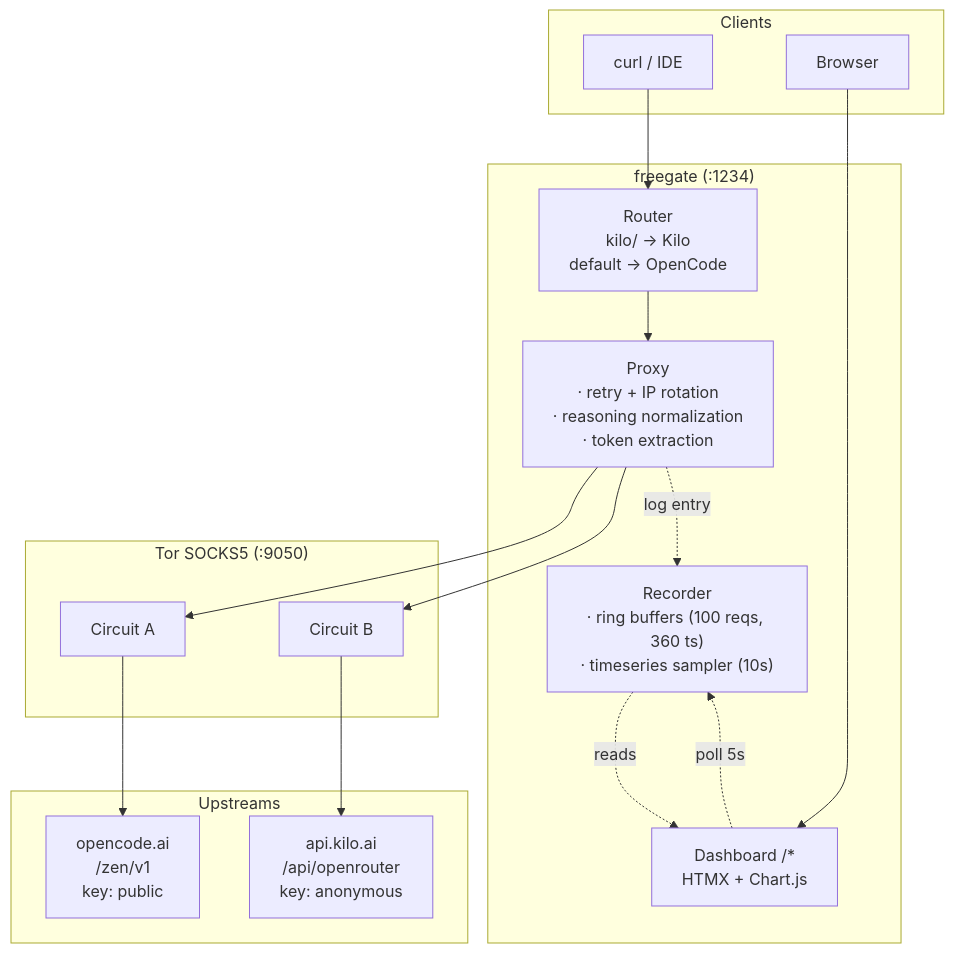
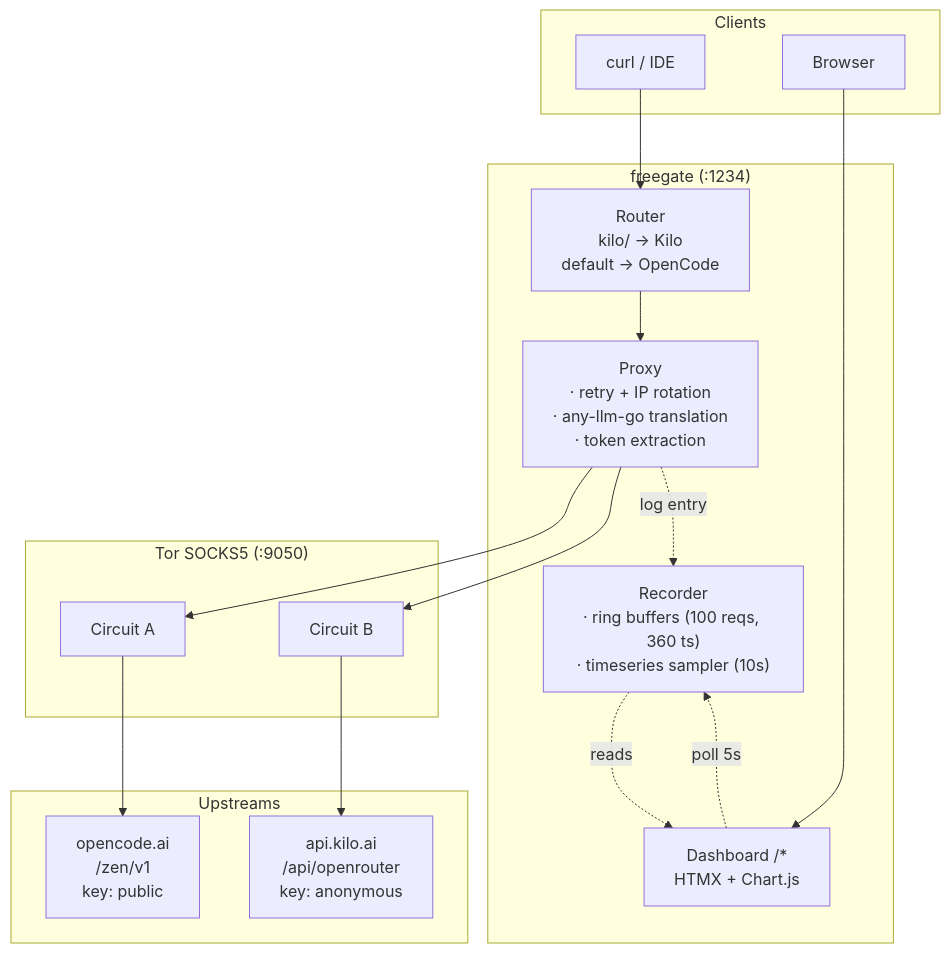
One commit to nofendian17/freegate changed the diagram in README.md. Above: the diagram before and after it, drawn with Mermaid. The commit also changed other lines of this file and 10 other files, not shown here.

Commit message:
refactor(upstream): drop OpenCode/Kilo adapters; expose any-llm-go Provider via Upstream

````diff
--- a/README.md
+++ b/README.md
@@ -150,35 +132,35 @@
 ```mermaid
 flowchart TB
     subgraph Clients["Clients"]
         CLI["curl / IDE"]
         Browser["Browser"]
     end
 
     subgraph Freegate["freegate (:1234)"]
         Router["Router<br/>kilo/ → Kilo<br/>default → OpenCode"]
-        Proxy["Proxy<br/>· retry + IP rotation<br/>· reasoning normalization<br/>· token extraction"]
+        Proxy["Proxy<br/>· retry + IP rotation<br/>· any-llm-go translation<br/>· token extraction"]
         Dashboard["Dashboard /*<br/>HTMX + Chart.js"]
         Recorder["Recorder<br/>· ring buffers (100 reqs, 360 ts)<br/>· timeseries sampler (10s)"]
     end
 
     subgraph Tor["Tor SOCKS5 (:9050)"]
         Tor1["Circuit A"]
         Tor2["Circuit B"]
     end
 
     subgraph Upstreams["Upstreams"]
         OC["opencode.ai<br/>/zen/v1<br/>key: public"]
         Kilo["api.kilo.ai<br/>/api/openrouter<br/>key: anonymous"]
     end
 
     CLI --> Router
     Router --> Proxy
     Proxy --> Tor1
     Proxy --> Tor2
     Tor1 --> OC
     Tor2 --> Kilo
     Proxy -.->|"log entry"| Recorder
     Recorder -.->|"reads"| Dashboard
     Browser --> Dashboard
     Dashboard -.->|"poll 5s"| Recorder
 ```
````
